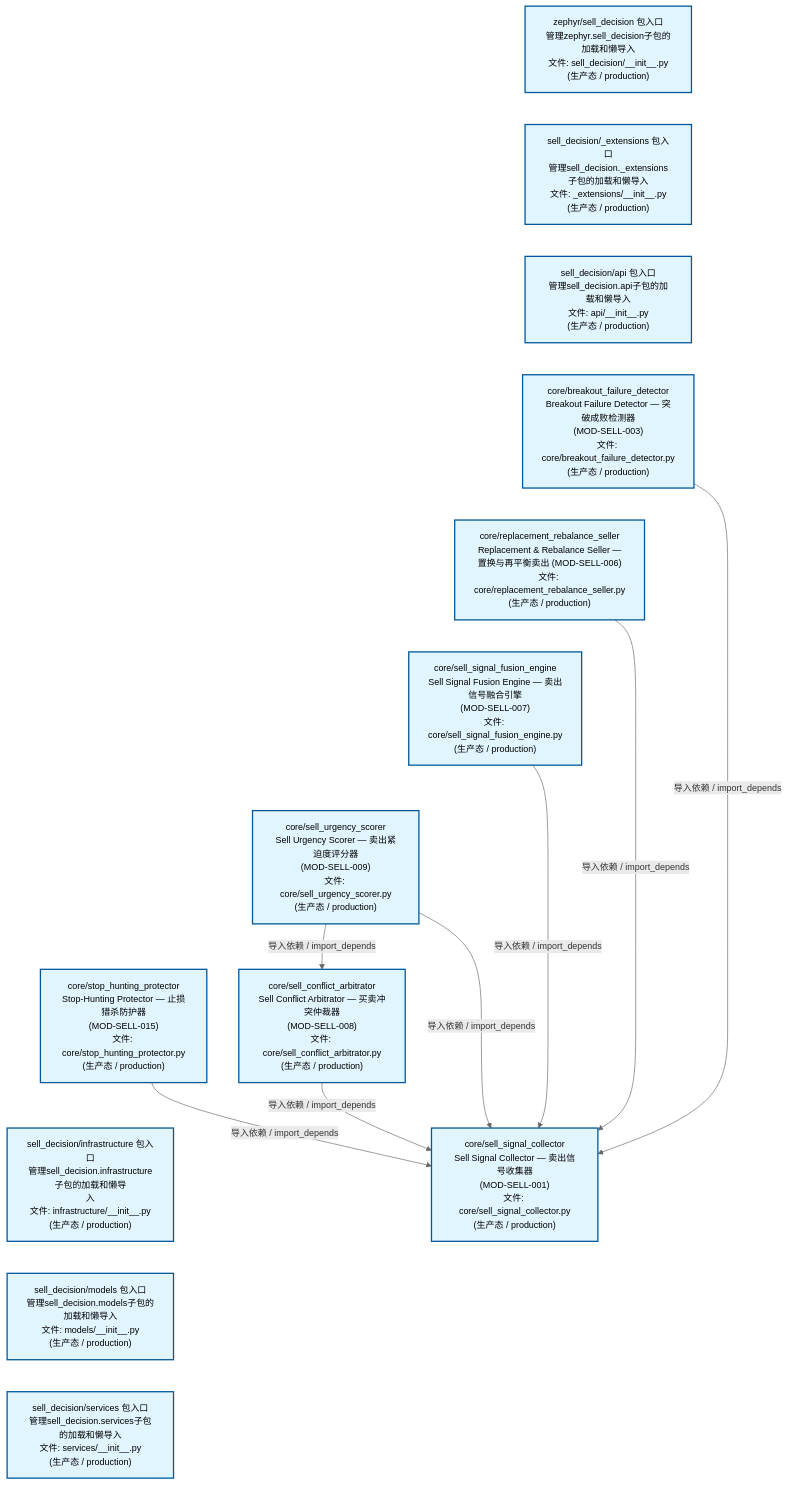
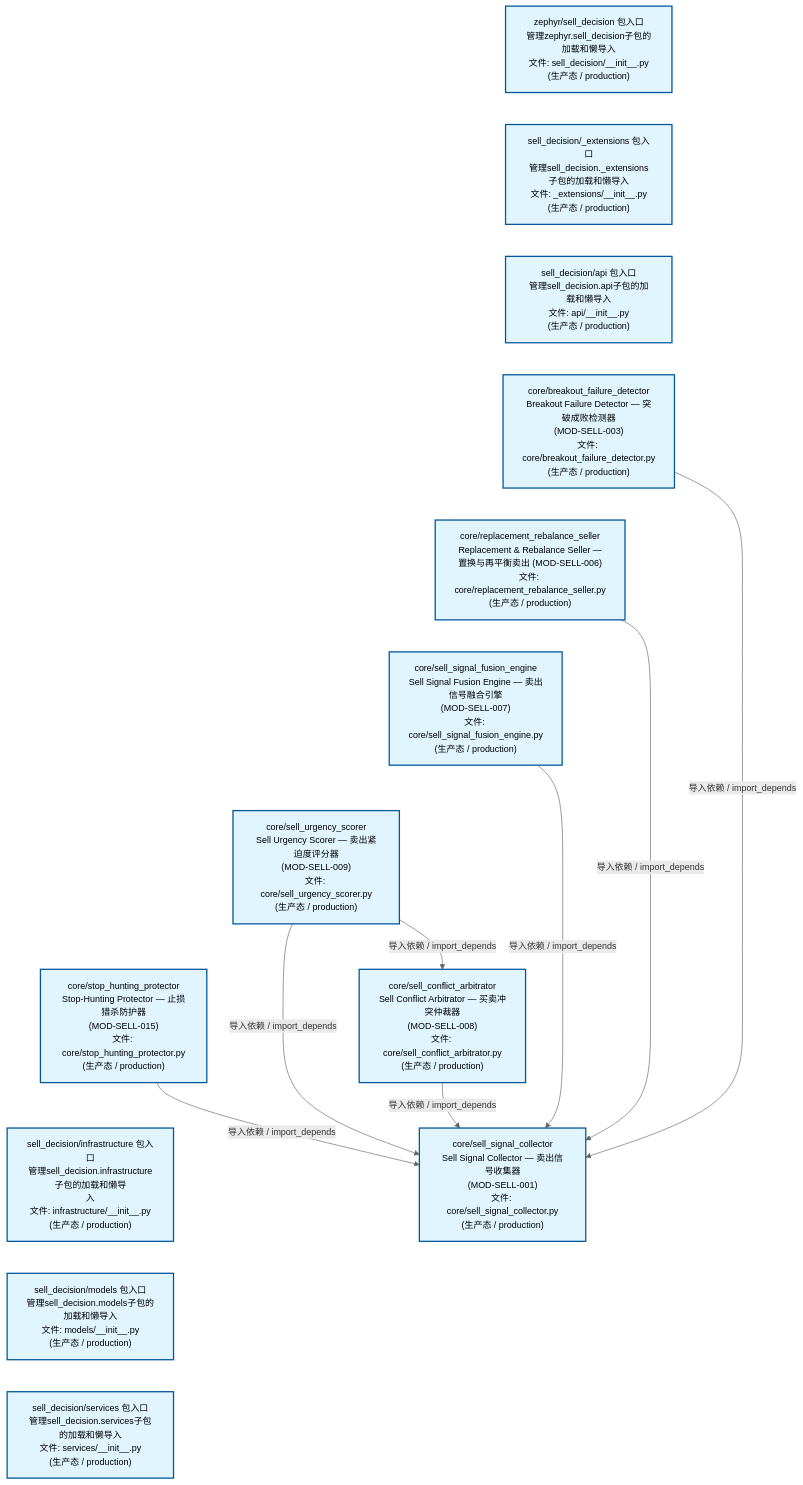
Before and after one commit to xuanFelixVan/ZephyrAlpha: the second of 4 diagrams in docs/02_enterprise_architecture/02_domain_architecture_docs/67_d_sell_decision.md, drawn with Mermaid. The commit also changed other lines of this file and 44 other files, not shown here.

````diff
--- a/docs/02_enterprise_architecture/02_domain_architecture_docs/67_d_sell_decision.md
+++ b/docs/02_enterprise_architecture/02_domain_architecture_docs/67_d_sell_decision.md
@@ -152,39 +152,39 @@
 ```mermaid
 %%{init: {'theme': 'base', 'themeVariables': {'primaryColor': '#eaeaea', 'primaryTextColor': '#333333', 'primaryBorderColor': '#666666', 'lineColor': '#666666', 'secondaryColor': '#eaeaea', 'tertiaryColor': '#eaeaea', 'fontSize': '14px'}}}%%
 flowchart TD
     src_zephyr_sell_decision_init_py["zephyr/sell_decision 包入口<br/>管理zephyr.sell_decision子包的加载和懒导入<br/>文件: sell_decision/__init__.py<br/>(生产态 / production)"]
     src_zephyr_sell_decision_extensions_init_py["sell_decision/_extensions 包入口<br/>管理sell_decision._extensions子包的加载和懒导入<br/>文件: _extensions/__init__.py<br/>(生产态 / production)"]
     src_zephyr_sell_decision_api_init_py["sell_decision/api 包入口<br/>管理sell_decision.api子包的加载和懒导入<br/>文件: api/__init__.py<br/>(生产态 / production)"]
     src_zephyr_sell_decision_core_breakout_failure_detector_py["core/breakout_failure_detector<br/>Breakout Failure Detector — 突破成败检测器<br/>(MOD-SELL-003)<br/>文件: core/breakout_failure_detector.py<br/>(生产态 / production)"]
     src_zephyr_sell_decision_core_replacement_rebalance_seller_py["core/replacement_rebalance_seller<br/>Replacement & Rebalance Seller —<br/>置换与再平衡卖出 (MOD-SELL-006)<br/>文件: core/replacement_rebalance_seller.py<br/>(生产态 / production)"]
     src_zephyr_sell_decision_core_sell_signal_fusion_engine_py["core/sell_signal_fusion_engine<br/>Sell Signal Fusion Engine — 卖出信号融合引擎<br/>(MOD-SELL-007)<br/>文件: core/sell_signal_fusion_engine.py<br/>(生产态 / production)"]
     src_zephyr_sell_decision_core_sell_urgency_scorer_py["core/sell_urgency_scorer<br/>Sell Urgency Scorer — 卖出紧迫度评分器<br/>(MOD-SELL-009)<br/>文件: core/sell_urgency_scorer.py<br/>(生产态 / production)"]
     src_zephyr_sell_decision_core_stop_hunting_protector_py["core/stop_hunting_protector<br/>Stop-Hunting Protector — 止损猎杀防护器<br/>(MOD-SELL-015)<br/>文件: core/stop_hunting_protector.py<br/>(生产态 / production)"]
     src_zephyr_sell_decision_infrastructure_init_py["sell_decision/infrastructure 包入口<br/>管理sell_decision.infrastructure子包的加载和懒导<br/>入<br/>文件: infrastructure/__init__.py<br/>(生产态 / production)"]
     src_zephyr_sell_decision_models_init_py["sell_decision/models 包入口<br/>管理sell_decision.models子包的加载和懒导入<br/>文件: models/__init__.py<br/>(生产态 / production)"]
     src_zephyr_sell_decision_services_init_py["sell_decision/services 包入口<br/>管理sell_decision.services子包的加载和懒导入<br/>文件: services/__init__.py<br/>(生产态 / production)"]
     src_zephyr_sell_decision_init_py ~~~ src_zephyr_sell_decision_extensions_init_py
     src_zephyr_sell_decision_extensions_init_py ~~~ src_zephyr_sell_decision_api_init_py
     src_zephyr_sell_decision_api_init_py ~~~ src_zephyr_sell_decision_core_breakout_failure_detector_py
     src_zephyr_sell_decision_core_breakout_failure_detector_py ~~~ src_zephyr_sell_decision_core_replacement_rebalance_seller_py
     src_zephyr_sell_decision_core_replacement_rebalance_seller_py ~~~ src_zephyr_sell_decision_core_sell_signal_fusion_engine_py
     src_zephyr_sell_decision_core_sell_signal_fusion_engine_py ~~~ src_zephyr_sell_decision_core_sell_urgency_scorer_py
     src_zephyr_sell_decision_core_sell_urgency_scorer_py ~~~ src_zephyr_sell_decision_core_stop_hunting_protector_py
     src_zephyr_sell_decision_core_stop_hunting_protector_py ~~~ src_zephyr_sell_decision_infrastructure_init_py
     src_zephyr_sell_decision_infrastructure_init_py ~~~ src_zephyr_sell_decision_models_init_py
     src_zephyr_sell_decision_models_init_py ~~~ src_zephyr_sell_decision_services_init_py
     src_zephyr_sell_decision_core_sell_conflict_arbitrator_py["core/sell_conflict_arbitrator<br/>Sell Conflict Arbitrator — 买卖冲突仲裁器<br/>(MOD-SELL-008)<br/>文件: core/sell_conflict_arbitrator.py<br/>(生产态 / production)"]
     src_zephyr_sell_decision_core_sell_signal_collector_py["core/sell_signal_collector<br/>Sell Signal Collector — 卖出信号收集器<br/>(MOD-SELL-001)<br/>文件: core/sell_signal_collector.py<br/>(生产态 / production)"]
+    src_zephyr_sell_decision_core_sell_signal_fusion_engine_py -->|导入依赖 / import_depends| src_zephyr_sell_decision_core_sell_signal_collector_py
+    src_zephyr_sell_decision_core_replacement_rebalance_seller_py -->|导入依赖 / import_depends| src_zephyr_sell_decision_core_sell_signal_collector_py
+    src_zephyr_sell_decision_core_breakout_failure_detector_py -->|导入依赖 / import_depends| src_zephyr_sell_decision_core_sell_signal_collector_py
+    src_zephyr_sell_decision_core_sell_urgency_scorer_py -->|导入依赖 / import_depends| src_zephyr_sell_decision_core_sell_signal_collector_py
+    src_zephyr_sell_decision_core_sell_urgency_scorer_py -->|导入依赖 / import_depends| src_zephyr_sell_decision_core_sell_conflict_arbitrator_py
     src_zephyr_sell_decision_core_sell_conflict_arbitrator_py -->|导入依赖 / import_depends| src_zephyr_sell_decision_core_sell_signal_collector_py
-    src_zephyr_sell_decision_core_breakout_failure_detector_py -->|导入依赖 / import_depends| src_zephyr_sell_decision_core_sell_signal_collector_py
-    src_zephyr_sell_decision_core_replacement_rebalance_seller_py -->|导入依赖 / import_depends| src_zephyr_sell_decision_core_sell_signal_collector_py
-    src_zephyr_sell_decision_core_sell_signal_fusion_engine_py -->|导入依赖 / import_depends| src_zephyr_sell_decision_core_sell_signal_collector_py
     src_zephyr_sell_decision_core_stop_hunting_protector_py -->|导入依赖 / import_depends| src_zephyr_sell_decision_core_sell_signal_collector_py
-    src_zephyr_sell_decision_core_sell_urgency_scorer_py -->|导入依赖 / import_depends| src_zephyr_sell_decision_core_sell_conflict_arbitrator_py
-    src_zephyr_sell_decision_core_sell_urgency_scorer_py -->|导入依赖 / import_depends| src_zephyr_sell_decision_core_sell_signal_collector_py
     classDef production fill:#e1f5fe,stroke:#01579b,stroke-width:2px,color:#000
     classDef design fill:#fff3e0,stroke:#e65100,stroke-width:2px,color:#000,stroke-dasharray: 5 5
     classDef external_prod fill:#e8f4fd,stroke:#0277bd,stroke-width:1px,color:#000
     classDef external_design fill:#fff8e7,stroke:#ef6c00,stroke-width:1px,color:#000,stroke-dasharray: 5 5
     class src_zephyr_sell_decision_init_py,src_zephyr_sell_decision_extensions_init_py,src_zephyr_sell_decision_api_init_py,src_zephyr_sell_decision_core_breakout_failure_detector_py,src_zephyr_sell_decision_core_replacement_rebalance_seller_py,src_zephyr_sell_decision_core_sell_conflict_arbitrator_py,src_zephyr_sell_decision_core_sell_signal_collector_py,src_zephyr_sell_decision_core_sell_signal_fusion_engine_py,src_zephyr_sell_decision_core_sell_urgency_scorer_py,src_zephyr_sell_decision_core_stop_hunting_protector_py,src_zephyr_sell_decision_infrastructure_init_py,src_zephyr_sell_decision_models_init_py,src_zephyr_sell_decision_services_init_py production
 ```
````
